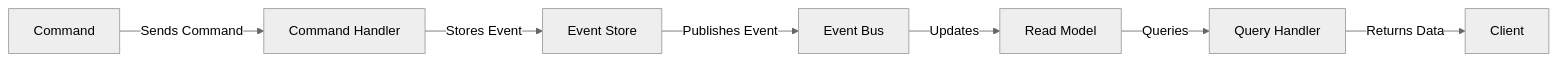
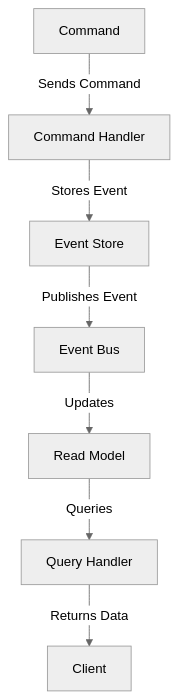
One commit to staruser143/Technology-Talks changed the second of 5 diagrams in diagram.md. Above: the diagram before and after it, drawn with Mermaid (neutral theme). The commit also changed other lines of this file, not shown here.

````diff
--- a/diagram.md
+++ b/diagram.md
@@ -8,9 +8,9 @@
 ```mermaid
-graph LR
+  graph TD;
     Command[Command] -->|Sends Command| CommandHandler[Command Handler]
     CommandHandler -->|Stores Event| EventStore[Event Store]
     EventStore -->|Publishes Event| EventBus[Event Bus]
     EventBus -->|Updates| ReadModel[Read Model]
     ReadModel -->|Queries| QueryHandler[Query Handler]
     QueryHandler -->|Returns Data| Client[Client]
 ```
````
